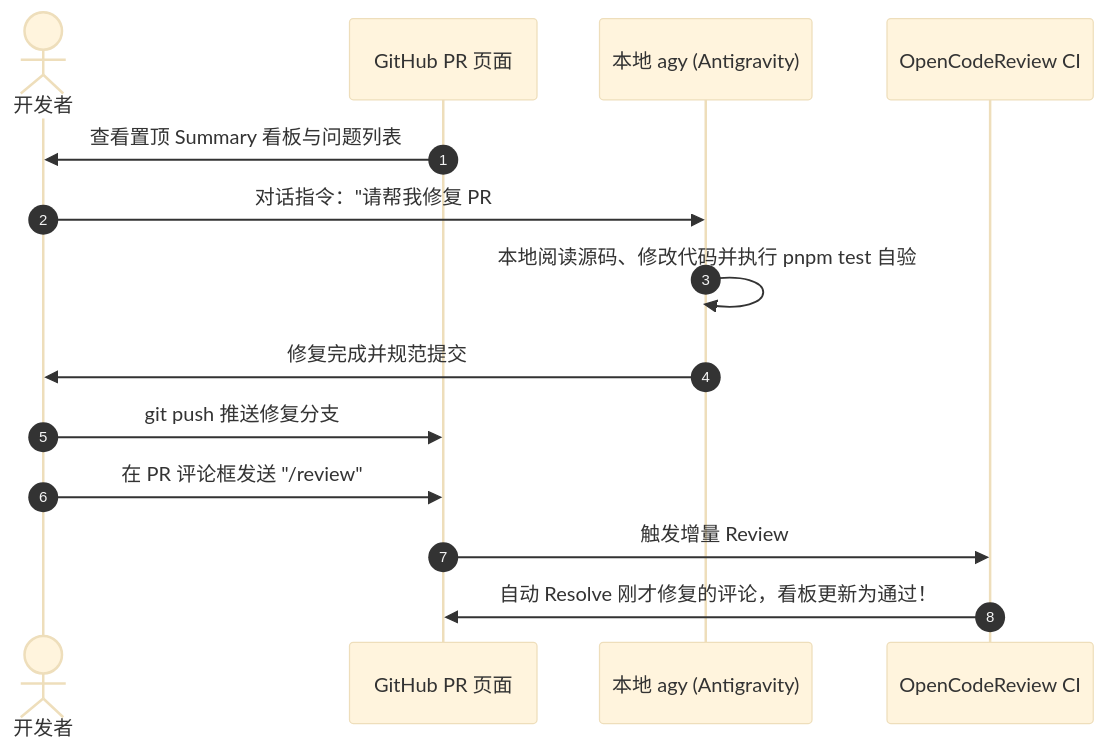
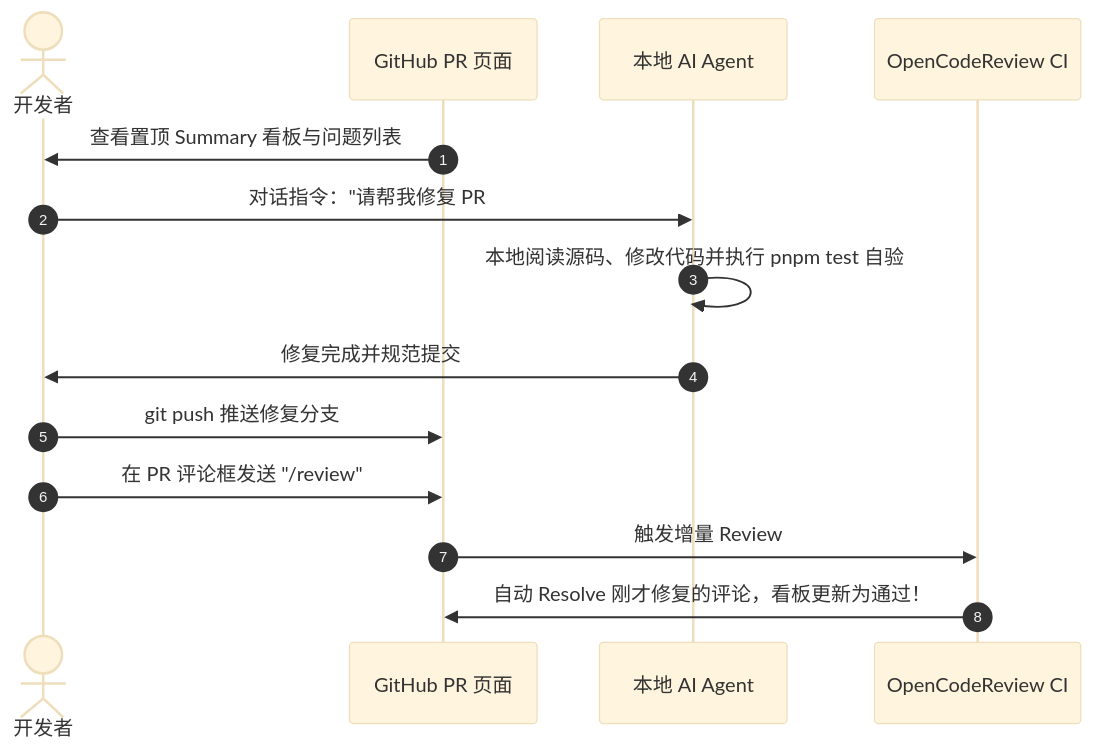
One commit to BanShan-Alec/electron-react-monorepo-template changed the second of 2 diagrams in docs/code-review.md. Above: the diagram before and after it, drawn with Mermaid (base theme). The commit also changed other lines of this file, not shown here.

Commit message:
docs(review): 统一泛化 AI Agent 表述

````diff
--- a/docs/code-review.md
+++ b/docs/code-review.md
@@ -57,17 +57,17 @@
 ```mermaid
 sequenceDiagram
     autonumber
     actor Dev as 开发者
     participant GH as GitHub PR 页面
-    participant AGY as 本地 agy (Antigravity)
+    participant Agent as 本地 AI Agent
     participant CI as OpenCodeReview CI
 
     GH->>Dev: 查看置顶 Summary 看板与问题列表
-    Dev->>AGY: 对话指令："请帮我修复 PR #XX 的第 1、2 条建议"
-    AGY->>AGY: 本地阅读源码、修改代码并执行 pnpm test 自验
-    AGY->>Dev: 修复完成并规范提交
+    Dev->>Agent: 对话指令："请帮我修复 PR #XX 的第 1、2 条建议"
+    Agent->>Agent: 本地阅读源码、修改代码并执行 pnpm test 自验
+    Agent->>Dev: 修复完成并规范提交
     Dev->>GH: git push 推送修复分支
     Dev->>GH: 在 PR 评论框发送 "/review"
     GH->>CI: 触发增量 Review
     CI->>GH: 自动 Resolve 刚才修复的评论，看板更新为通过！
 ```
````
